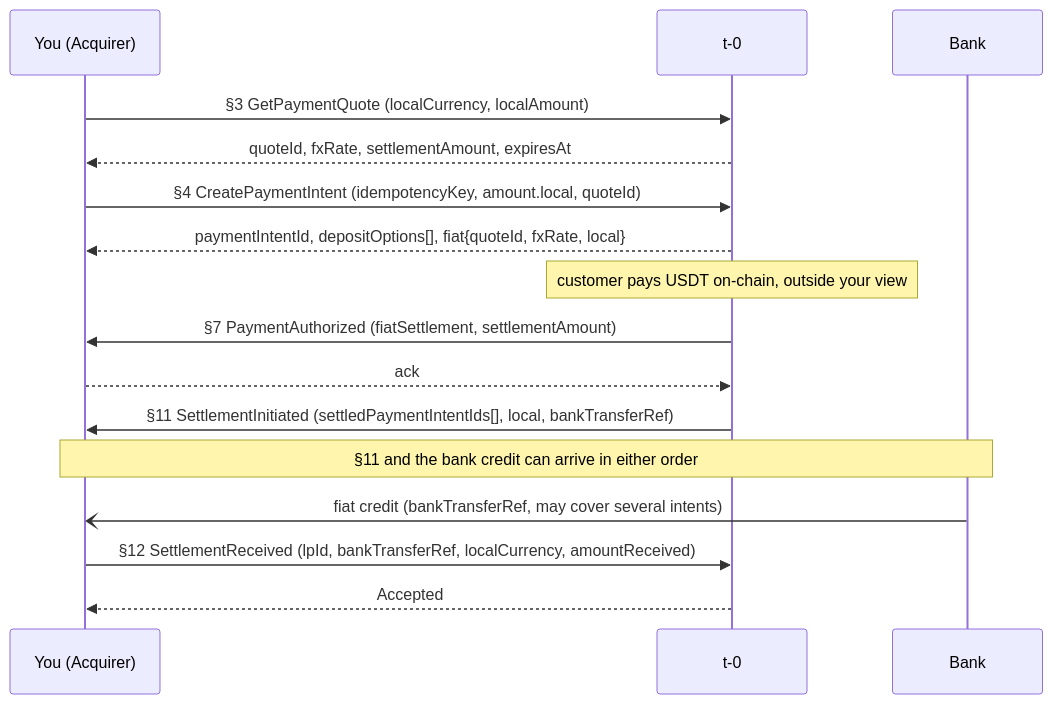
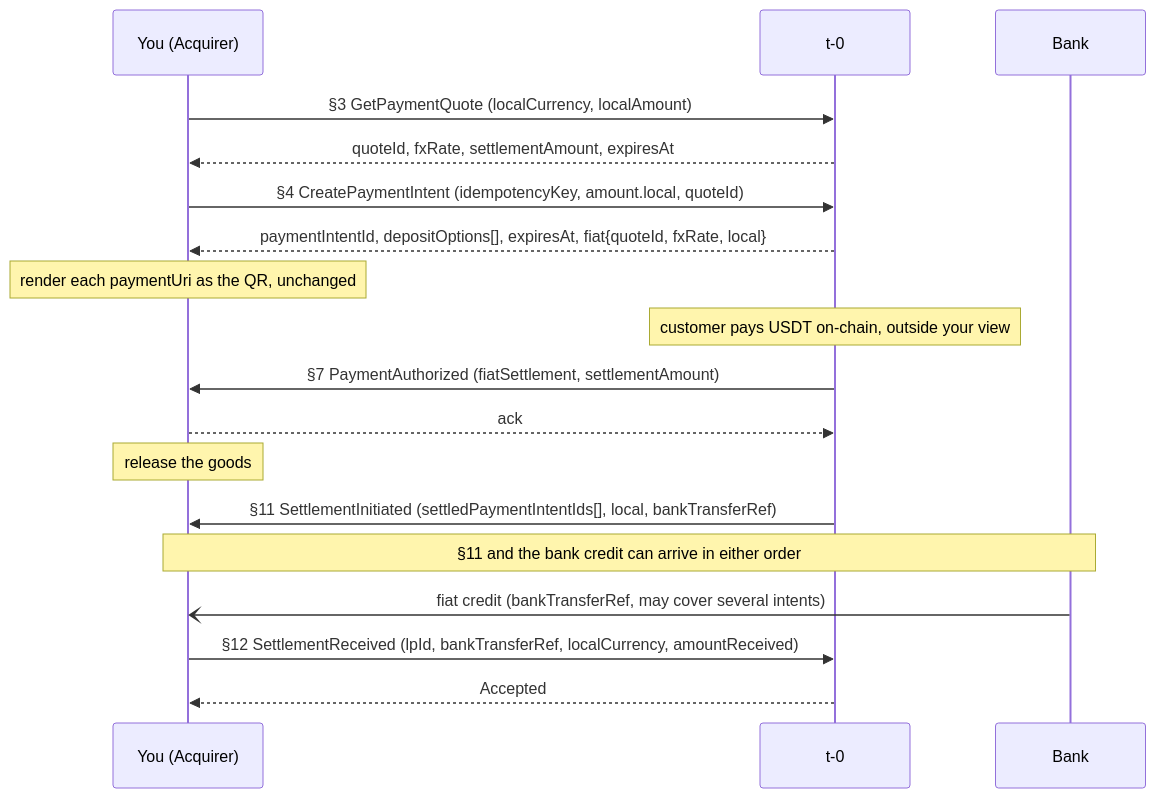
The second of 2 diagrams in content/docs/payments/acquirer.md (t-0-network/usdt-pay-docs), drawn with Mermaid before and after one commit. The commit also changed 2 other files, not shown here.

Commit message:
docs: clean up diagrams after Codex review
L1: remove three consecutive notes (batch atomicity, one-per-currency,
currency availability), move to prose paragraph below the diagram.
L2: merge firm-obligation note into response label, remove vague
"takes it from here" note.
I1: remove same-reservation retry note (belongs in guarantees),
simplify response label, shorten verification note.
A2: add missing QR-render and release-goods notes for consistency
with A1, add expiresAt to the intent response.

````diff
--- a/content/docs/payments/acquirer.md
+++ b/content/docs/payments/acquirer.md
@@ -66,18 +66,20 @@
 ```mermaid
 sequenceDiagram
     participant ACQ as You (Acquirer)
     participant T0 as t-0
     participant BANK as Bank
     ACQ->>T0: §3 GetPaymentQuote (localCurrency, localAmount)
     T0-->>ACQ: quoteId, fxRate, settlementAmount, expiresAt
     ACQ->>T0: §4 CreatePaymentIntent (idempotencyKey, amount.local, quoteId)
-    T0-->>ACQ: paymentIntentId, depositOptions[], fiat{quoteId, fxRate, local}
+    T0-->>ACQ: paymentIntentId, depositOptions[], expiresAt, fiat{quoteId, fxRate, local}
+    Note over ACQ: render each paymentUri as the QR, unchanged
     Note over T0: customer pays USDT on-chain, outside your view
     T0->>ACQ: §7 PaymentAuthorized (fiatSettlement, settlementAmount)
     ACQ-->>T0: ack
+    Note over ACQ: release the goods
     T0->>ACQ: §11 SettlementInitiated (settledPaymentIntentIds[], local, bankTransferRef)
     Note over ACQ,BANK: §11 and the bank credit can arrive in either order
     BANK-)ACQ: fiat credit (bankTransferRef, may cover several intents)
     ACQ->>T0: §12 SettlementReceived (lpId, bankTransferRef, localCurrency, amountReceived)
     T0-->>ACQ: Accepted
 ```
````
